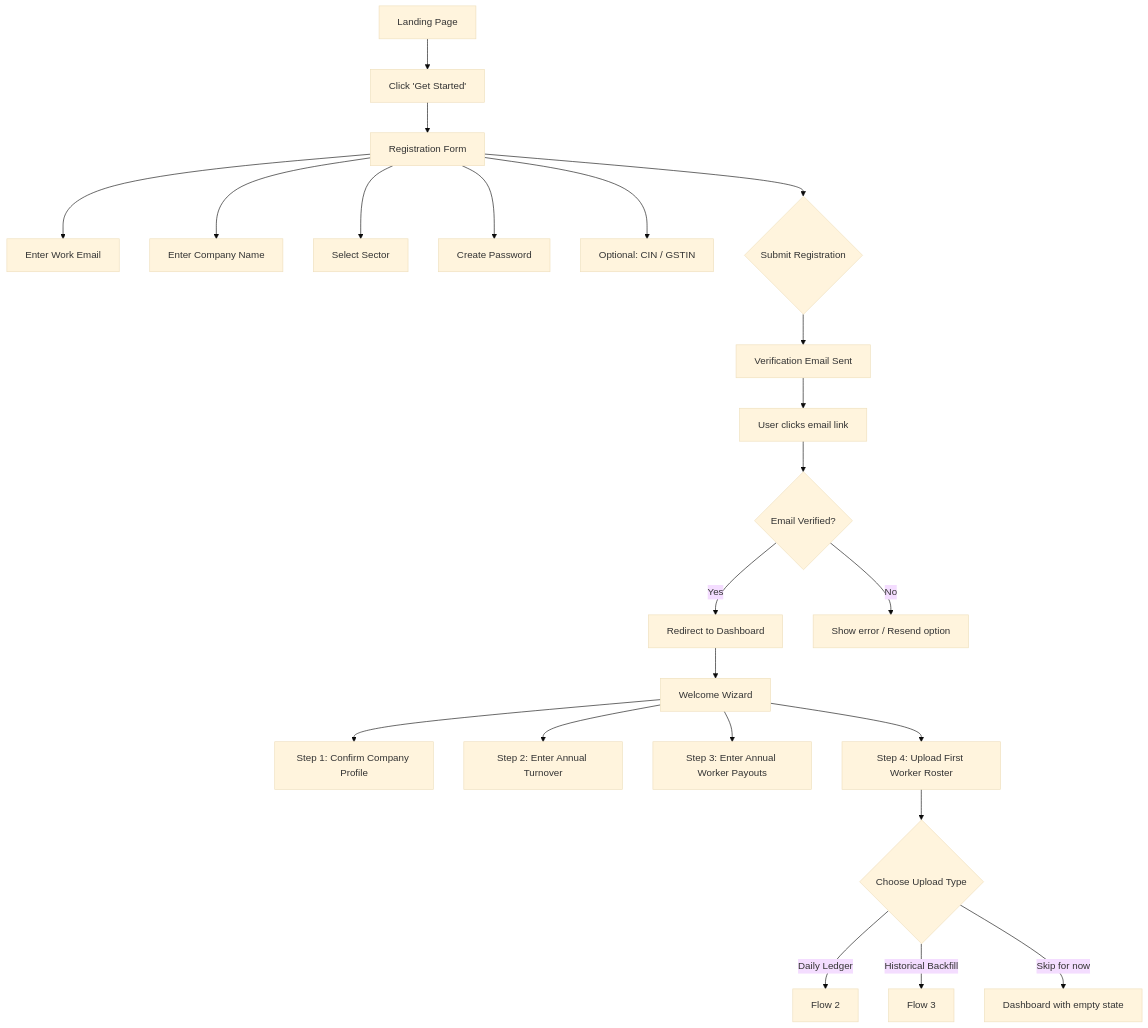
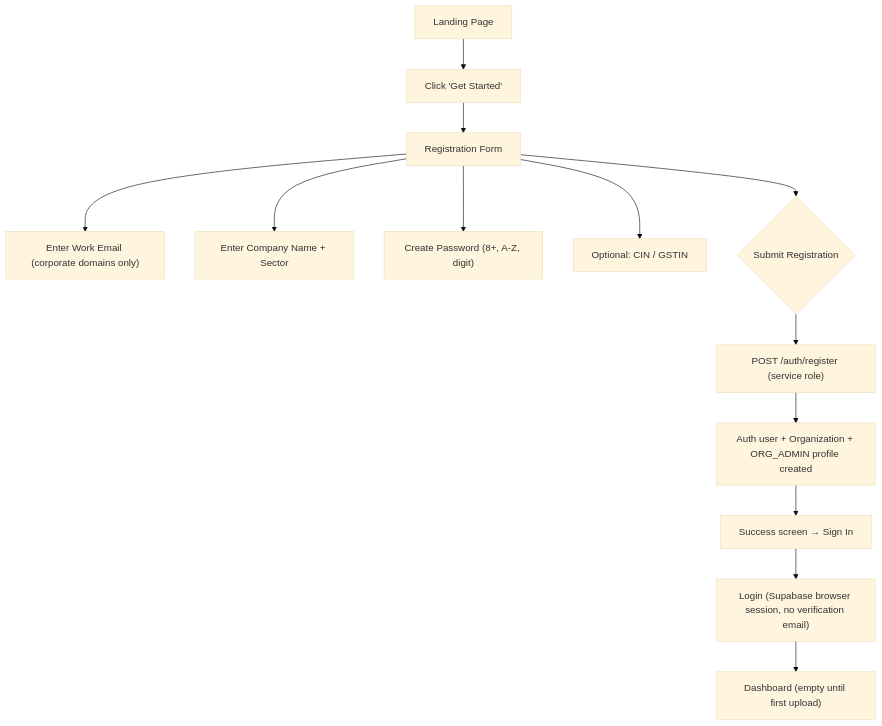
The first of 12 diagrams in docs/user_flows.md (nonimousmusic/Gig-Worker-Social-Security-Compliance-Platform), drawn with Mermaid (base theme) before and after one commit. The commit also changed other lines of this file and 89 other files, not shown here.

````diff
--- a/docs/user_flows.md
+++ b/docs/user_flows.md
@@ -33,25 +35,15 @@
 ```mermaid
 flowchart TD
     A["Landing Page"] --> B["Click 'Get Started'"]
     B --> C["Registration Form"]
-    C --> C1["Enter Work Email"]
-    C --> C2["Enter Company Name"]
-    C --> C3["Select Sector"]
-    C --> C4["Create Password"]
-    C --> C5["Optional: CIN / GSTIN"]
+    C --> C1["Enter Work Email (corporate domains only)"]
+    C --> C2["Enter Company Name + Sector"]
+    C --> C3["Create Password (8+, A-Z, digit)"]
+    C --> C4["Optional: CIN / GSTIN"]
     C --> D{"Submit Registration"}
-    D --> E["Verification Email Sent"]
-    E --> F["User clicks email link"]
-    F --> G{"Email Verified?"}
-    G -->|Yes| H["Redirect to Dashboard"]
-    G -->|No| I["Show error / Resend option"]
-    H --> J["Welcome Wizard"]
-    J --> J1["Step 1: Confirm Company Profile"]
-    J --> J2["Step 2: Enter Annual Turnover"]
-    J --> J3["Step 3: Enter Annual Worker Payouts"]
-    J --> J4["Step 4: Upload First Worker Roster"]
-    J4 --> K{"Choose Upload Type"}
-    K -->|Daily Ledger| L["Flow 2"]
-    K -->|Historical Backfill| M["Flow 3"]
-    K -->|Skip for now| N["Dashboard with empty state"]
+    D --> E["POST /auth/register (service role)"]
+    E --> F["Auth user + Organization + ORG_ADMIN profile created"]
+    F --> G["Success screen → Sign In"]
+    G --> H["Login (Supabase browser session, no verification email)"]
+    H --> I["Dashboard (empty until first upload)"]
 ```
````
